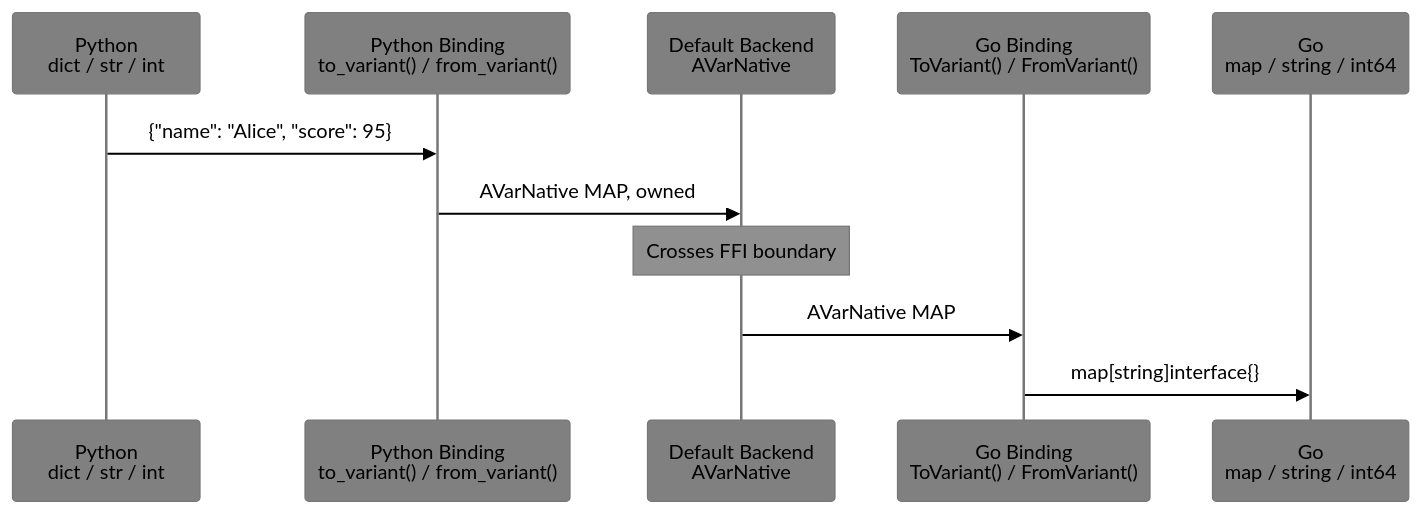
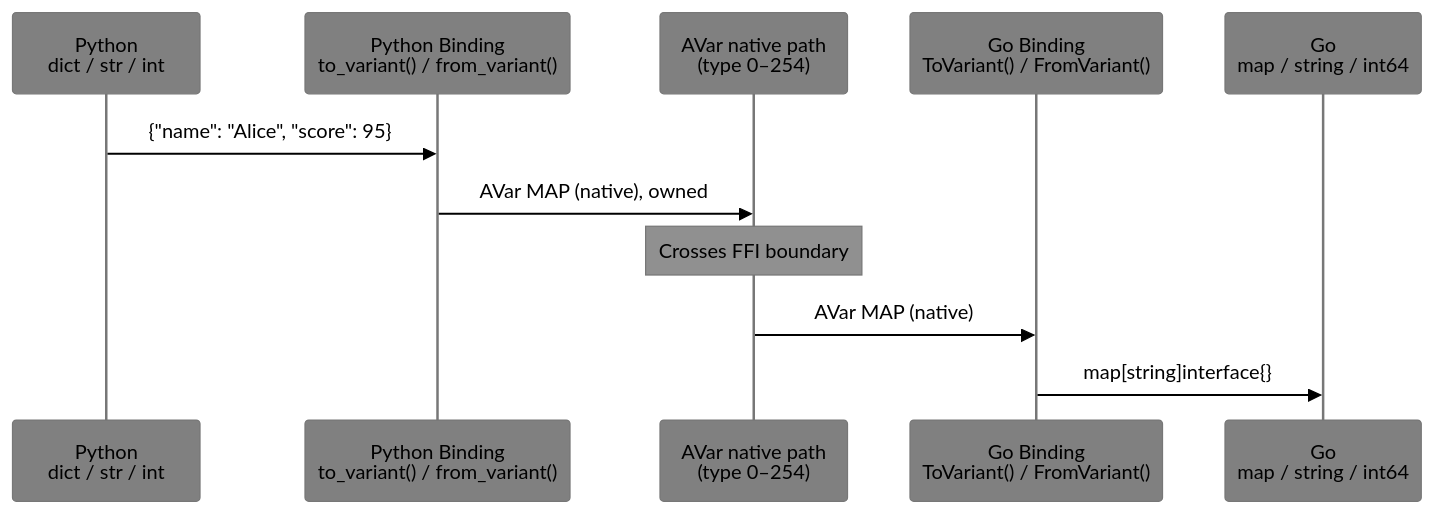
Before and after one commit to visionik/anyvar: the seventh of 11 diagrams in README.md, drawn with Mermaid. The commit also changed other lines of this file, not shown here.

Commit message:
feat: adopt type-sentinel architecture (v0.3.0)

````diff
--- a/README.md
+++ b/README.md
@@ -425,15 +440,15 @@
 ```mermaid
 %%{init: {'theme': 'base', 'themeVariables': { 'primaryColor': '#909090', 'secondaryColor': '#808080', 'tertiaryColor': '#707070', 'primaryTextColor': '#000000', 'secondaryTextColor': '#000000', 'tertiaryTextColor': '#000000', 'noteTextColor': '#000000', 'lineColor': '#404040', 'actorBkg': '#808080', 'actorTextColor': '#000000', 'noteBkgColor': '#909090' }}}%%
 sequenceDiagram
     participant PY as Python<br/>dict / str / int
     participant BN as Python Binding<br/>to_variant() / from_variant()
-    participant C as Default Backend<br/>AVarNative
+    participant C as AVar native path<br/>(type 0–254)
     participant BN2 as Go Binding<br/>ToVariant() / FromVariant()
     participant GO as Go<br/>map / string / int64
 
     PY->>BN: {"name": "Alice", "score": 95}
-    BN->>C: AVarNative MAP, owned
+    BN->>C: AVar MAP (native), owned
     Note over C: Crosses FFI boundary
-    C->>BN2: AVarNative MAP
+    C->>BN2: AVar MAP (native)
     BN2->>GO: map[string]interface{}
 ```
````
